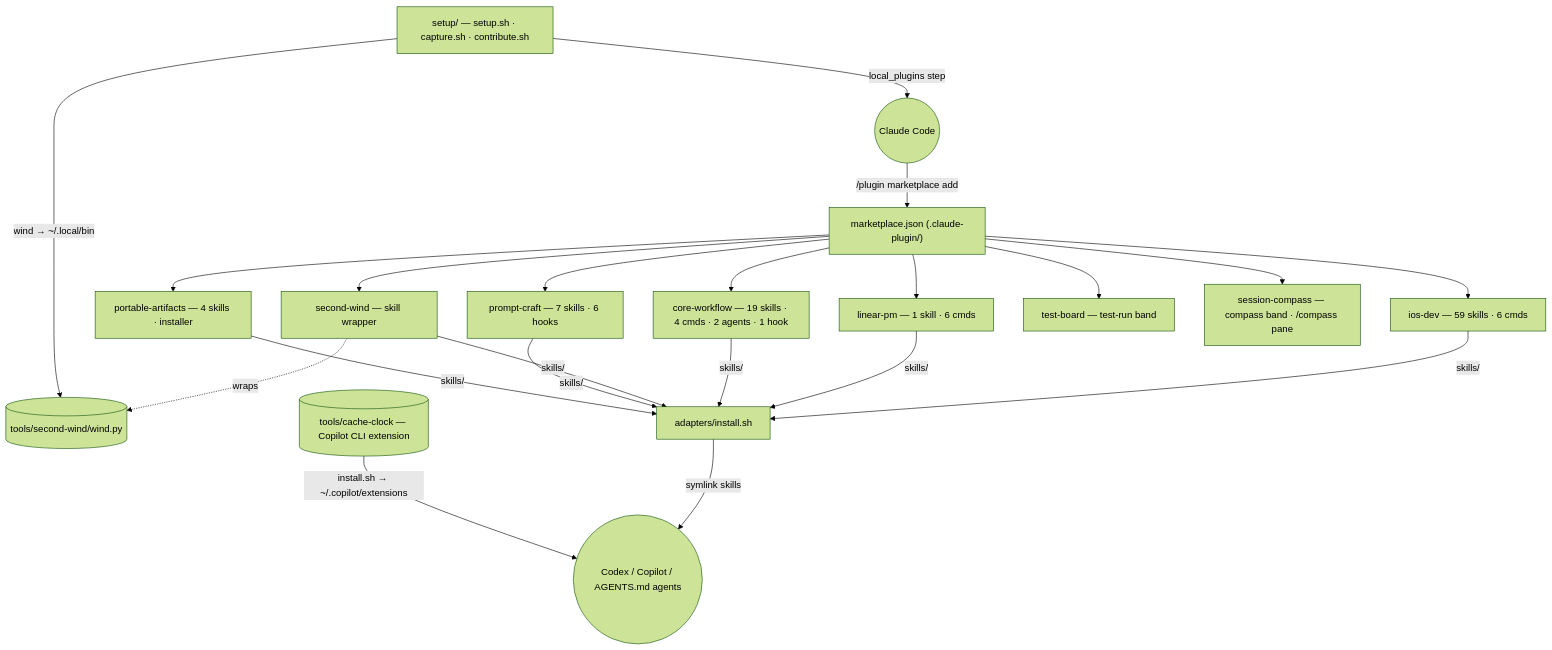
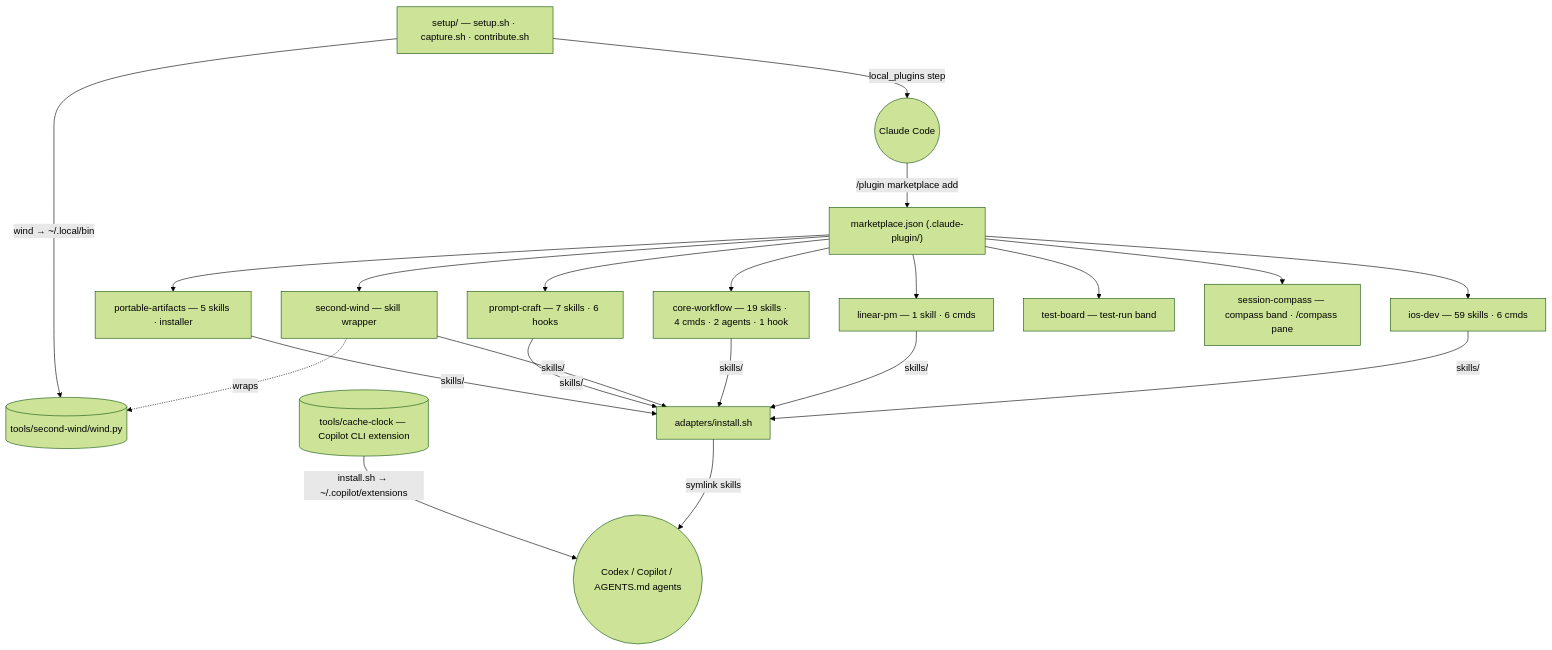
One commit to abhijitbansal/claude-skills changed the diagram in docs/architecture.md. Above: the diagram before and after it, drawn with Mermaid (forest theme). The commit also changed other lines of this file and 308 other files, not shown here.

First line of the commit message:
feat(portable-artifacts): make-scene — interactive 3D scenes (city, forest, galaxy, terrain) with diagram/dashboard lifts (#41)

````diff
--- a/docs/architecture.md
+++ b/docs/architecture.md
@@ -15,27 +15,27 @@
 ```mermaid
 flowchart TD
   MP["marketplace.json (.claude-plugin/)"]
   IOS["ios-dev — 59 skills · 6 cmds"]
   LIN["linear-pm — 1 skill · 6 cmds"]
   CW["core-workflow — 19 skills · 4 cmds · 2 agents · 1 hook"]
   SW["second-wind — skill wrapper"]
   PC["prompt-craft — 7 skills · 6 hooks"]
-  PA["portable-artifacts — 4 skills · installer"]
+  PA["portable-artifacts — 5 skills · installer"]
   TB["test-board — test-run band"]
   SC["session-compass — compass band · /compass pane"]
   WIND[("tools/second-wind/wind.py")]
   CCLK[("tools/cache-clock — Copilot CLI extension")]
   AD["adapters/install.sh"]
   SEED["setup/ — setup.sh · capture.sh · contribute.sh"]
   CC(("Claude Code"))
   OTHER(("Codex / Copilot / AGENTS.md agents"))
 
   MP --> IOS & LIN & CW & SW & PC & PA & TB & SC
   SW -.->|wraps| WIND
   CC -->|"/plugin marketplace add"| MP
   SEED -->|local_plugins step| CC
   SEED -->|"wind → ~/.local/bin"| WIND
   AD -->|symlink skills| OTHER
   CCLK -->|"install.sh → ~/.copilot/extensions"| OTHER
   IOS & LIN & CW & SW & PC & PA -->|skills/| AD
 ```
````
